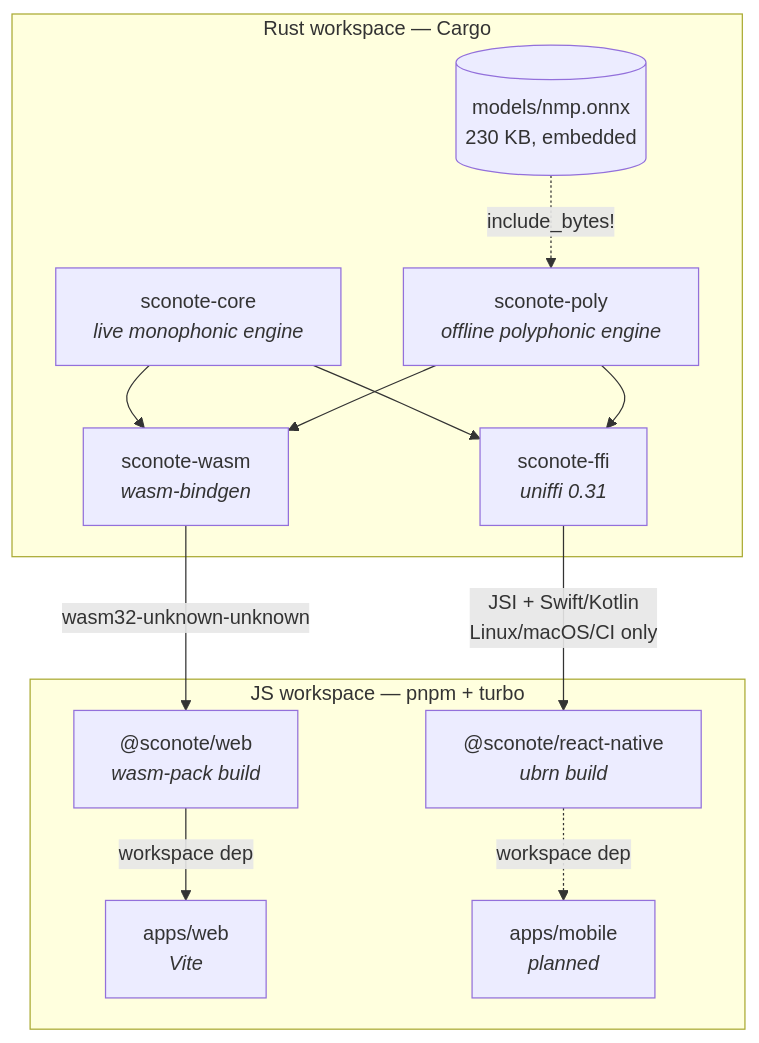
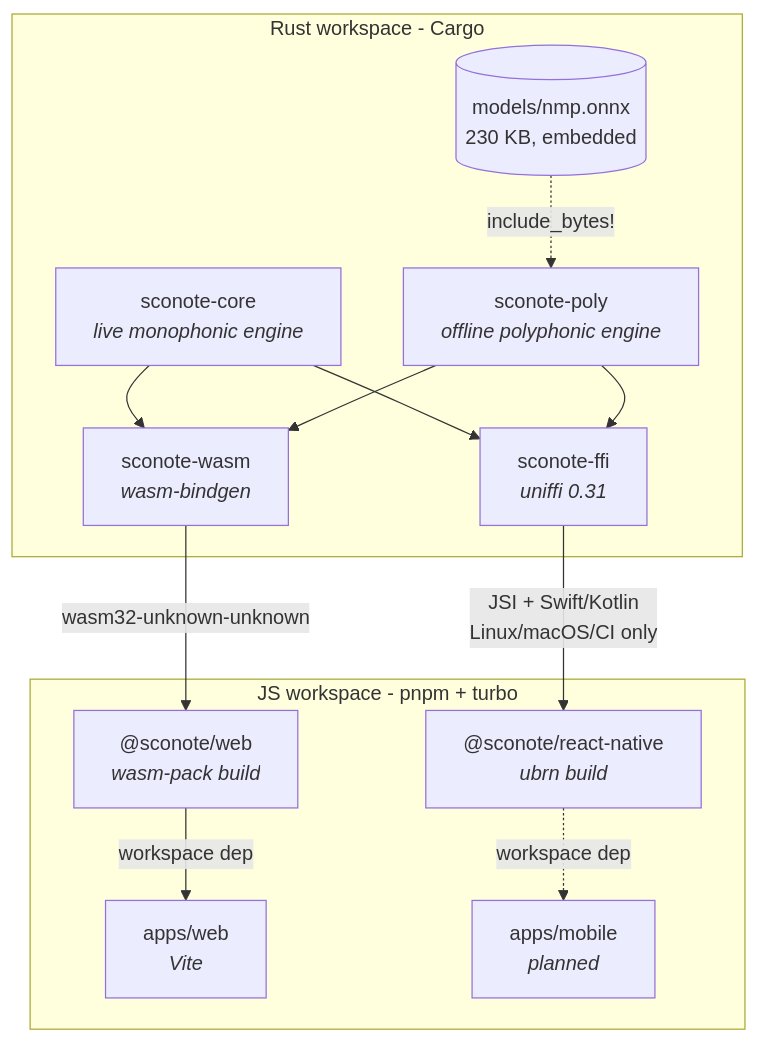
Before and after one commit to soroush-tech/sconote: the first of 8 diagrams in README.md, drawn with Mermaid. The commit also changed other lines of this file and 36 other files, not shown here.

````diff
--- a/README.md
+++ b/README.md
@@ -35,27 +35,27 @@
 ```mermaid
 flowchart TD
-    subgraph rust["Rust workspace — Cargo"]
+    subgraph rust["Rust workspace - Cargo"]
         core["sconote-core<br/><i>live monophonic engine</i>"]
         poly["sconote-poly<br/><i>offline polyphonic engine</i>"]
         onnx[("models/nmp.onnx<br/>230 KB, embedded")]
         wasmc["sconote-wasm<br/><i>wasm-bindgen</i>"]
         ffic["sconote-ffi<br/><i>uniffi 0.31</i>"]
         onnx -.->|"include_bytes!"| poly
         core --> wasmc
         poly --> wasmc
         core --> ffic
         poly --> ffic
     end
 
-    subgraph js["JS workspace — pnpm + turbo"]
+    subgraph js["JS workspace - pnpm + turbo"]
         pkgweb["@sconote/web<br/><i>wasm-pack build</i>"]
         pkgrn["@sconote/react-native<br/><i>ubrn build</i>"]
         appweb["apps/web<br/><i>Vite</i>"]
         appmob["apps/mobile<br/><i>planned</i>"]
         pkgweb -->|workspace dep| appweb
         pkgrn -.->|workspace dep| appmob
     end
 
     wasmc -->|"wasm32-unknown-unknown"| pkgweb
     ffic -->|"JSI + Swift/Kotlin<br/>Linux/macOS/CI only"| pkgrn
 ```
````
